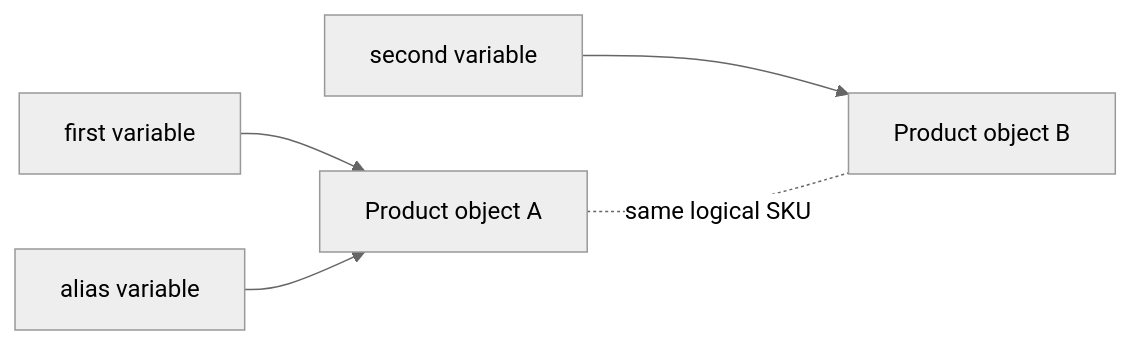
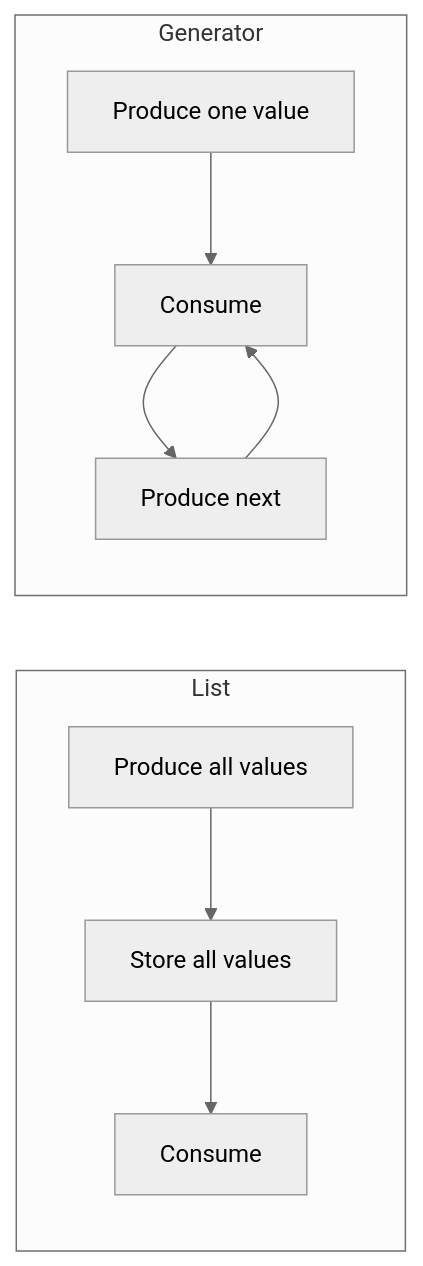
Before and after one commit to AvadhBhalodiya/Interview-Preparation: the fourth of 4 diagrams in src/content/python/dunder-methods.md, drawn with Mermaid (neutral theme). The commit also changed other lines of this file and 80 other files, not shown here.

````diff
--- a/src/content/python/dunder-methods.md
+++ b/src/content/python/dunder-methods.md
@@ -614,8 +321,11 @@
 ```mermaid
 flowchart LR
-    A[first variable] --> O1[Product object A]
-    B[alias variable] --> O1
-    C[second variable] --> O2[Product object B]
+    subgraph LIST[List]
+        L1[Produce all values] --> L2[Store all values] --> L3[Consume]
+    end
 
-    O1 -. same logical SKU .- O2
+    subgraph GEN[Generator]
+        G1[Produce one value] --> G2[Consume] --> G3[Produce next]
+        G3 --> G2
+    end
 ```
````
